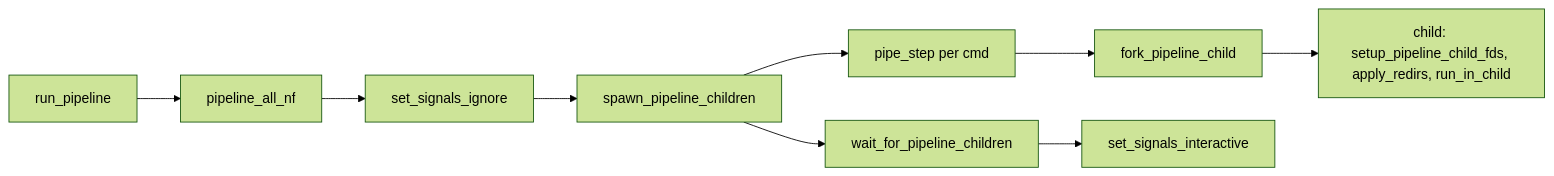
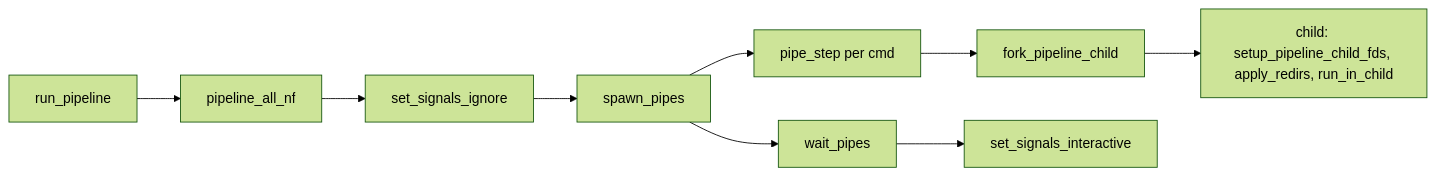
One commit to gkhavari/minishell changed diagram 13 of 14 in docs/MINISHELL_ARCHITECTURE.md. Above: the diagram before and after it, drawn with Mermaid (forest theme). The commit also changed other lines of this file and 56 other files, not shown here.

````diff
--- a/docs/MINISHELL_ARCHITECTURE.md
+++ b/docs/MINISHELL_ARCHITECTURE.md
@@ -903,11 +903,11 @@
 ```mermaid
 flowchart LR
     EP[run_pipeline] --> NF[pipeline_all_nf]
     NF --> IGN[set_signals_ignore]
-    IGN --> LOOP[spawn_pipeline_children]
+    IGN --> LOOP[spawn_pipes]
     LOOP --> RPS[pipe_step per cmd]
     RPS --> FORK[fork_pipeline_child]
     FORK --> CHILD[child: setup_pipeline_child_fds, apply_redirs, run_in_child]
-    LOOP --> WAIT[wait_for_pipeline_children]
+    LOOP --> WAIT[wait_pipes]
     WAIT --> INT[set_signals_interactive]
 ```
````
